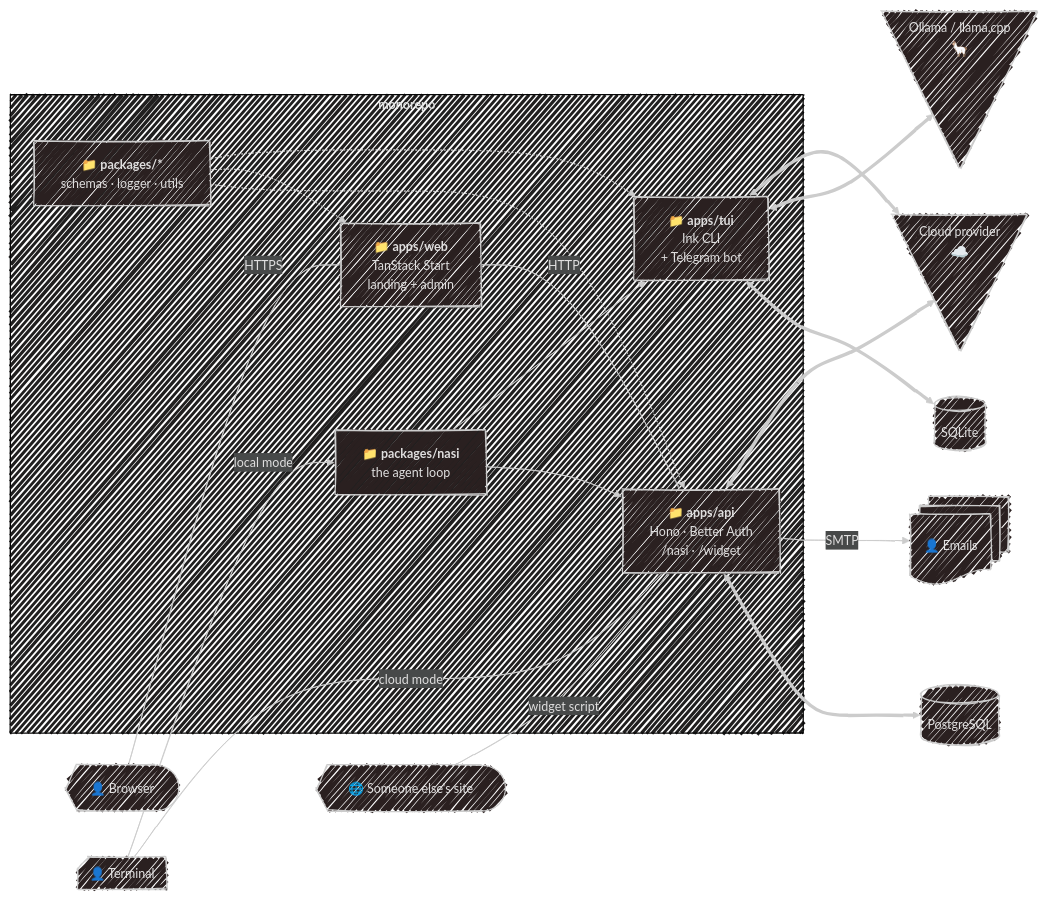
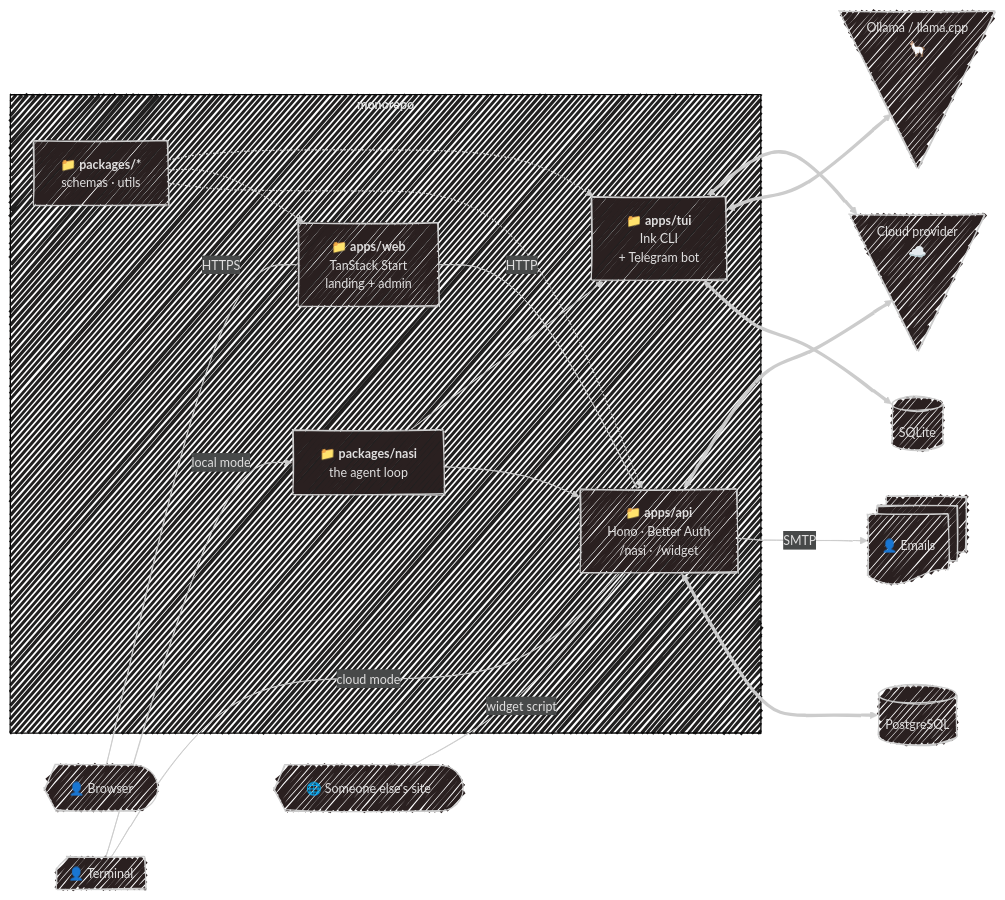
Before and after one commit to SubZtep/kaja: the diagram in docs/development/vision.md, drawn with Mermaid. The commit also changed 304 other files, not shown here.

````diff
--- a/docs/development/vision.md
+++ b/docs/development/vision.md
@@ -12,43 +12,43 @@
 ```mermaid
 ---
 config:
   look: handDrawn
   theme: neo-dark
 ---
 flowchart LR
   U@{ shape: curv-trap, label: "👤 Browser" }
   UT@{ shape: notch-rect, label: "👤 Terminal" }
   UG@{ shape: curv-trap, label: "🌐 Someone else's site" }
   L@{ shape: manual-file, label: "Ollama / llama.cpp<br><big>🦙</big>" }
   C@{ shape: manual-file, label: "Cloud provider<br><big>☁️</big>" }
 
   D[(PostgreSQL)]
   S[(SQLite)]
   E@{ shape: docs, label: "👤 Emails"}
 
   subgraph MR["`**monorepo**`"]
     A["📁 <b>apps/api</b><br/>Hono · Better Auth<br/>/nasi · /widget"]
     W["📁 <b>apps/web</b><br/>TanStack Start<br/>landing + admin"]
     T["📁 <b>apps/tui</b><br/>Ink CLI<br/>+ Telegram bot"]
     N["📁 <b>packages/nasi</b><br/>the agent loop"]
-    P["📁 <b>packages/*</b><br/>schemas · logger · utils"]
+    P["📁 <b>packages/*</b><br/>schemas · utils"]
   end
 
   P -.-> A
   P -.-> W
   P -.-> T
   N --> A
   N --> T
 
   U -- HTTPS --- W
   UG -- "widget script" --- A
   UT -- "cloud mode" --- A
   UT -- "local mode" --> N
   W -- HTTP --- A
   A <==> D
   T <==> S
   A -- SMTP --> E
   T <==> L
   T <==> C
   A <==> C
 ```
````
